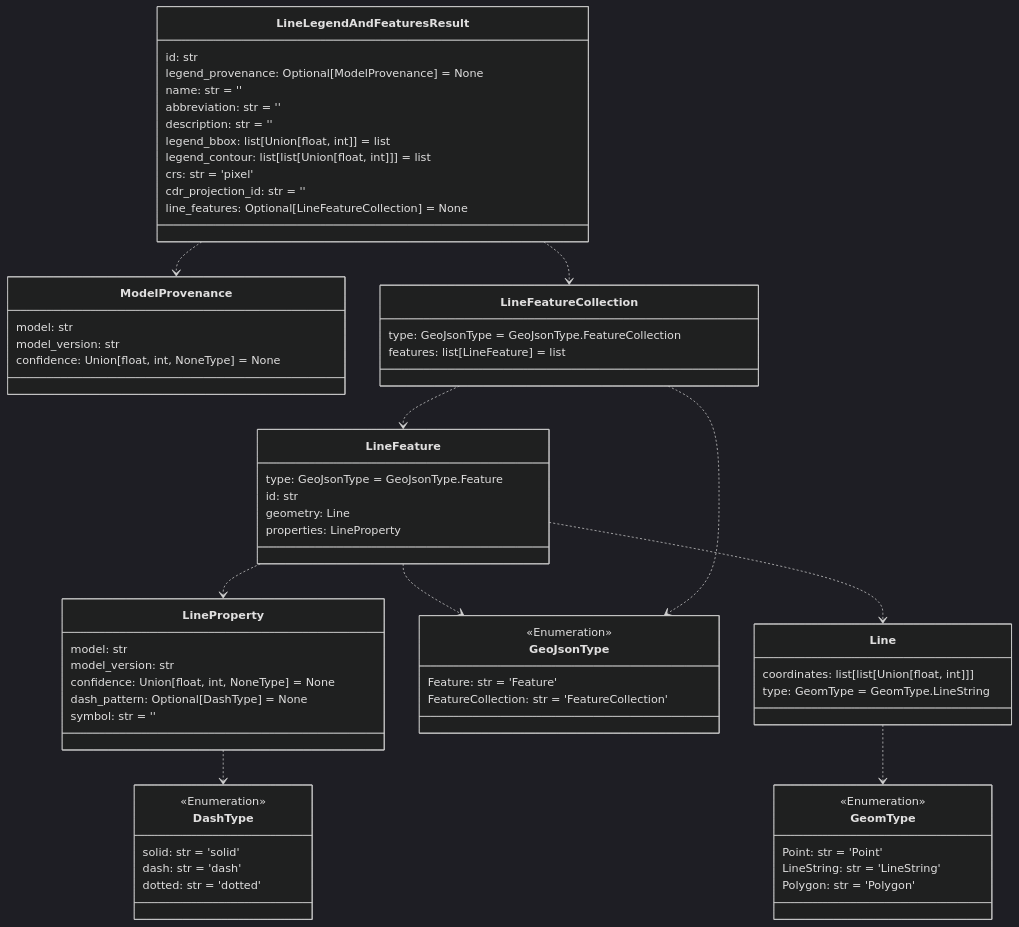
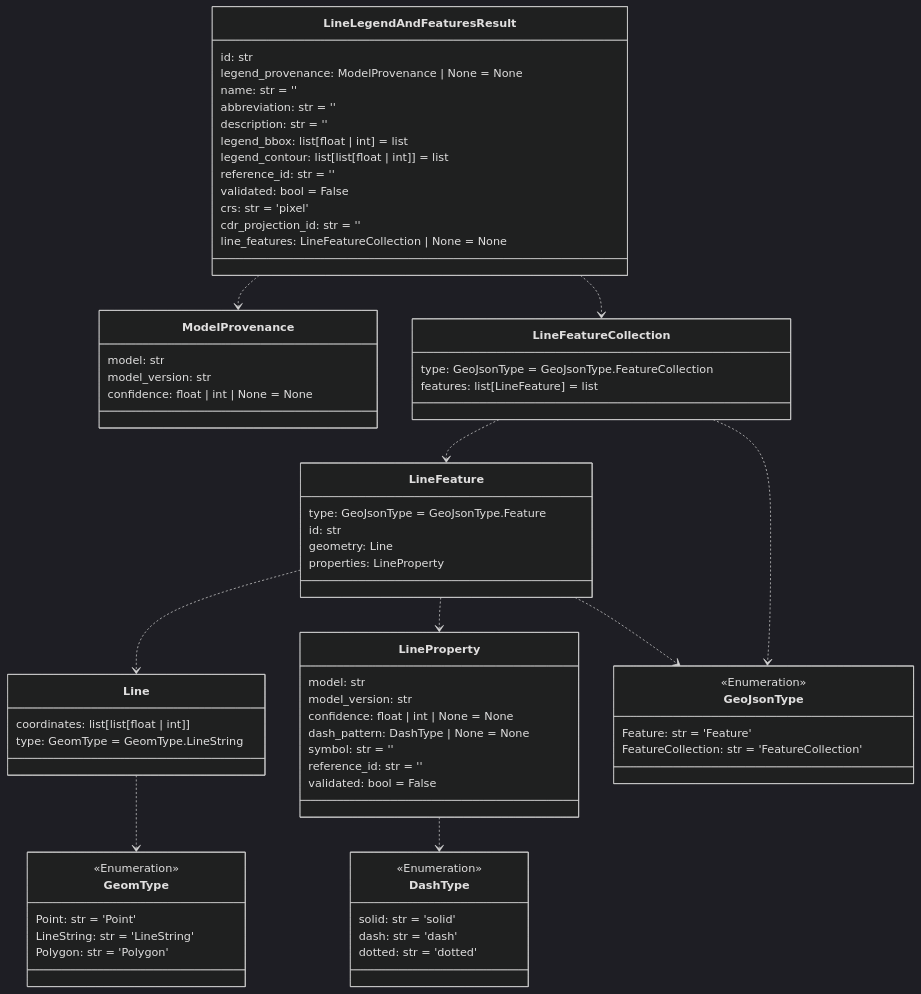
One commit to DARPA-CRITICALMAAS/cdr_schemas changed the sixth of 12 diagrams in README.md. Above: the diagram before and after it, drawn with Mermaid (dark theme). The commit also changed other lines of this file, not shown here.

Commit message:
Update README with new ERD

````diff
--- a/README.md
+++ b/README.md
@@ -433,79 +450,83 @@
 ```mermaid
 classDiagram
 
-    class LineProperty {
+    class ModelProvenance {
         model: str
         model_version: str
-        confidence: Union[float, int, NoneType] = None
-        dash_pattern: Optional[DashType] = None
-        symbol: str = ''
+        confidence: float | int | None = None
+    }
+
+    class LineLegendAndFeaturesResult {
+        id: str
+        legend_provenance: ModelProvenance | None = None
+        name: str = ''
+        abbreviation: str = ''
+        description: str = ''
+        legend_bbox: list[float | int] = list
+        legend_contour: list[list[float | int]] = list
+        reference_id: str = ''
+        validated: bool = False
+        crs: str = 'pixel'
+        cdr_projection_id: str = ''
+        line_features: LineFeatureCollection | None = None
+    }
+
+    class LineFeatureCollection {
+        type: GeoJsonType = GeoJsonType.FeatureCollection
+        features: list[LineFeature] = list
+    }
+
+    class DashType {
+        <<Enumeration>>
+        solid: str = 'solid'
+        dash: str = 'dash'
+        dotted: str = 'dotted'
     }
 
     class LineFeature {
         type: GeoJsonType = GeoJsonType.Feature
         id: str
         geometry: Line
         properties: LineProperty
     }
 
-    class GeoJsonType {
-        <<Enumeration>>
-        Feature: str = 'Feature'
-        FeatureCollection: str = 'FeatureCollection'
+    class Line {
+        coordinates: list[list[float | int]]
+        type: GeomType = GeomType.LineString
     }
 
     class GeomType {
         <<Enumeration>>
         Point: str = 'Point'
         LineString: str = 'LineString'
         Polygon: str = 'Polygon'
     }
 
-    class ModelProvenance {
+    class LineProperty {
         model: str
         model_version: str
-        confidence: Union[float, int, NoneType] = None
+        confidence: float | int | None = None
+        dash_pattern: DashType | None = None
+        symbol: str = ''
+        reference_id: str = ''
+        validated: bool = False
     }
 
-    class LineFeatureCollection {
-        type: GeoJsonType = GeoJsonType.FeatureCollection
-        features: list[LineFeature] = list
-    }
-
-    class LineLegendAndFeaturesResult {
-        id: str
-        legend_provenance: Optional[ModelProvenance] = None
-        name: str = ''
-        abbreviation: str = ''
-        description: str = ''
-        legend_bbox: list[Union[float, int]] = list
-        legend_contour: list[list[Union[float, int]]] = list
-        crs: str = 'pixel'
-        cdr_projection_id: str = ''
-        line_features: Optional[LineFeatureCollection] = None
-    }
-
-    class DashType {
+    class GeoJsonType {
         <<Enumeration>>
-        solid: str = 'solid'
-        dash: str = 'dash'
-        dotted: str = 'dotted'
-    }
-
-    class Line {
-        coordinates: list[list[Union[float, int]]]
-        type: GeomType = GeomType.LineString
+        Feature: str = 'Feature'
+        FeatureCollection: str = 'FeatureCollection'
     }
 
     Line ..> GeomType
     LineProperty ..> DashType
+    LineFeature ..> Line
     LineFeature ..> LineProperty
     LineFeature ..> GeoJsonType
-    LineFeature ..> Line
     LineFeatureCollection ..> LineFeature
     LineFeatureCollection ..> GeoJsonType
     LineLegendAndFeaturesResult ..> ModelProvenance
     LineLegendAndFeaturesResult ..> LineFeatureCollection
 
 
 ```
````
